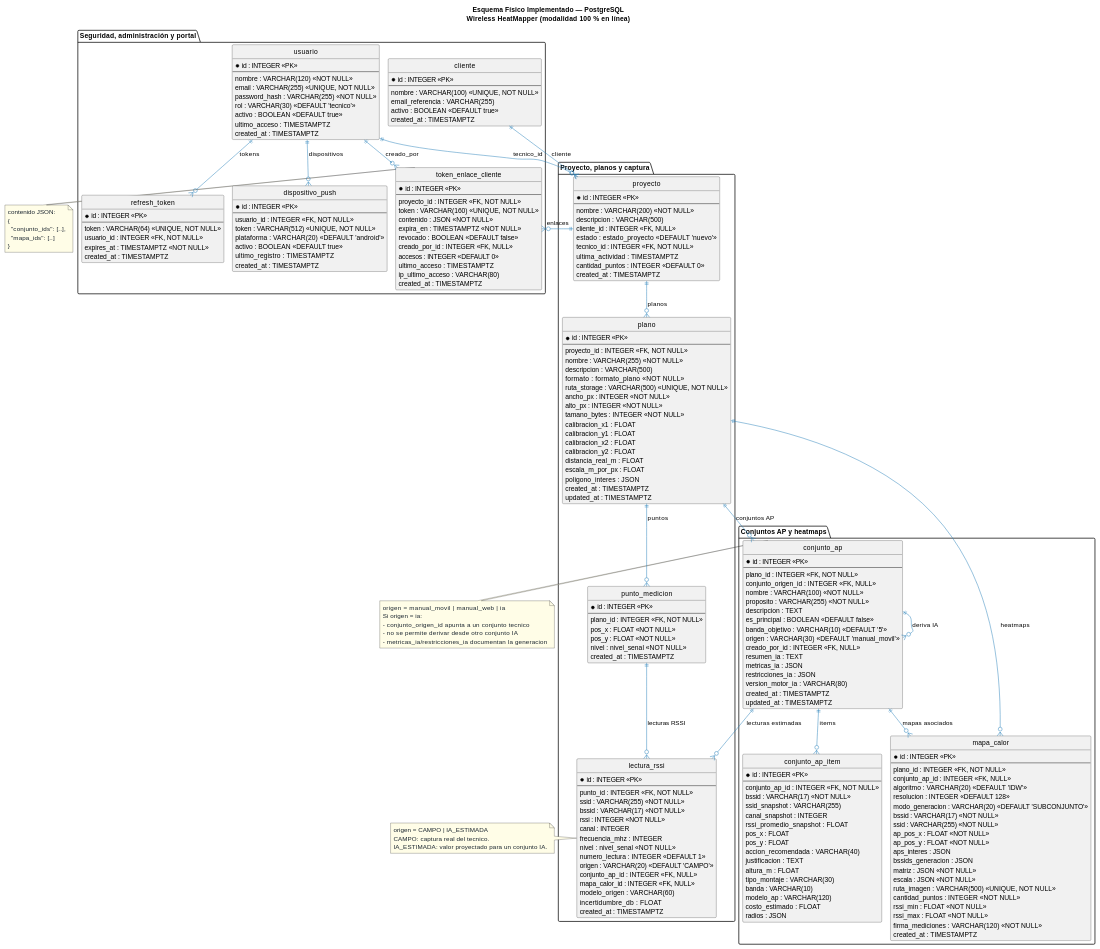
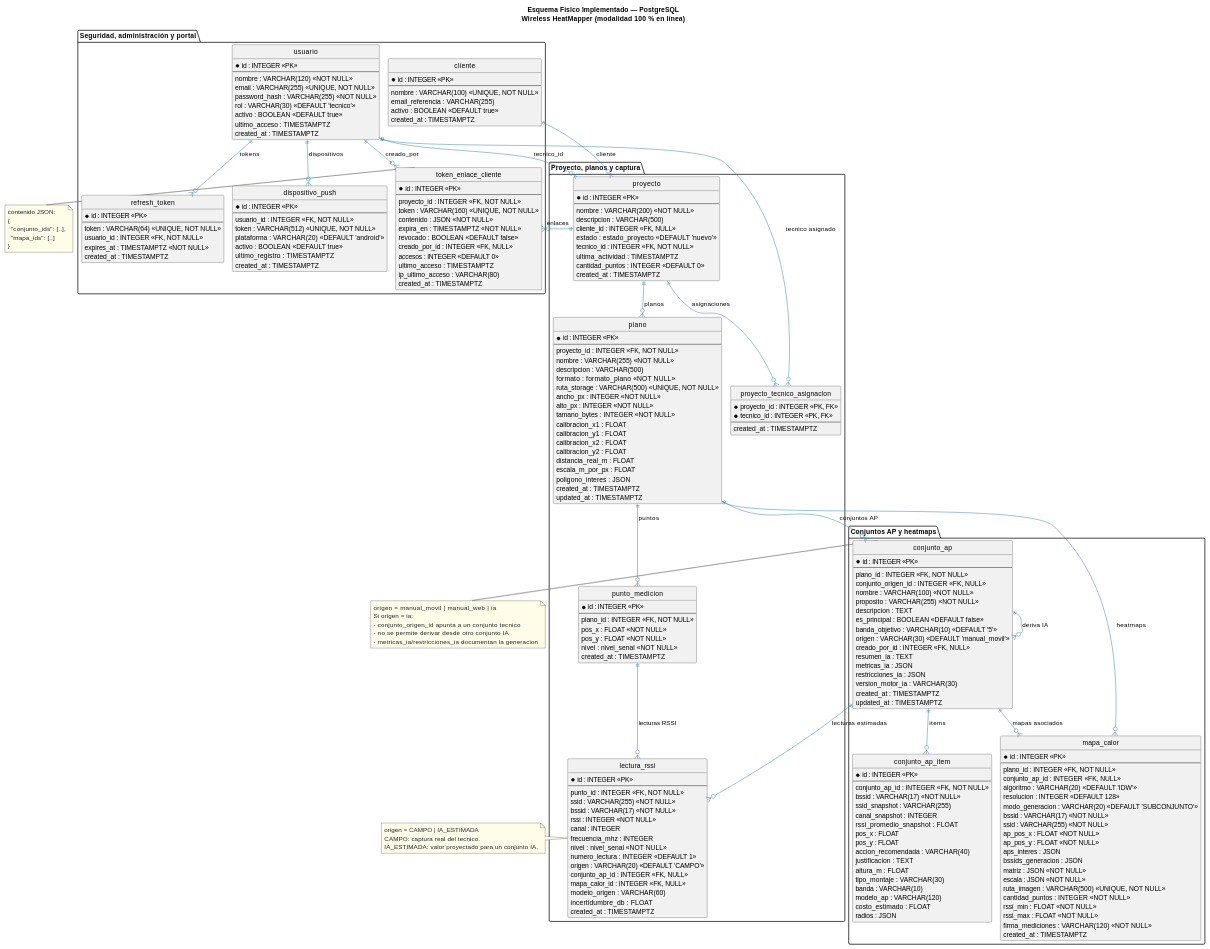
The diagram in docs/ONLINE/PLAN-IMPLEMENTACION/19-modelo-base-datos-implementado.md (borysinho/wireless-heatmapper), drawn with PlantUML before and after one commit. The commit also changed other lines of this file and 88 other files, not shown here.

```diff
--- a/docs/ONLINE/PLAN-IMPLEMENTACION/19-modelo-base-datos-implementado.md
+++ b/docs/ONLINE/PLAN-IMPLEMENTACION/19-modelo-base-datos-implementado.md
@@ -118,6 +118,13 @@
     created_at : TIMESTAMPTZ
   }
 
+  entity "proyecto_tecnico_asignacion" as PROY_TEC {
+    * proyecto_id : INTEGER <<PK, FK>>
+    * tecnico_id : INTEGER <<PK, FK>>
+    --
+    created_at : TIMESTAMPTZ
+  }
+
   entity "plano" as PLANO {
     * id : INTEGER <<PK>>
     --
@@ -186,7 +193,7 @@
     resumen_ia : TEXT
     metricas_ia : JSON
     restricciones_ia : JSON
-    version_motor_ia : VARCHAR(80)
+    version_motor_ia : VARCHAR(30)
     created_at : TIMESTAMPTZ
     updated_at : TIMESTAMPTZ
   }
@@ -239,8 +246,10 @@
 USUARIO ||--o{ REFRESH : "tokens"
 USUARIO ||--o{ PUSH : "dispositivos"
 USUARIO ||--o{ PROYECTO : "tecnico_id"
+USUARIO ||--o{ PROY_TEC : "tecnico asignado"
 USUARIO ||--o{ TOKEN_CLIENTE : "creado_por"
 CLIENTE ||--o{ PROYECTO : "cliente"
+PROYECTO ||--o{ PROY_TEC : "asignaciones"
 PROYECTO ||--o{ PLANO : "planos"
 PROYECTO ||--o{ TOKEN_CLIENTE : "enlaces"
 PLANO ||--o{ PUNTO : "puntos"
```
